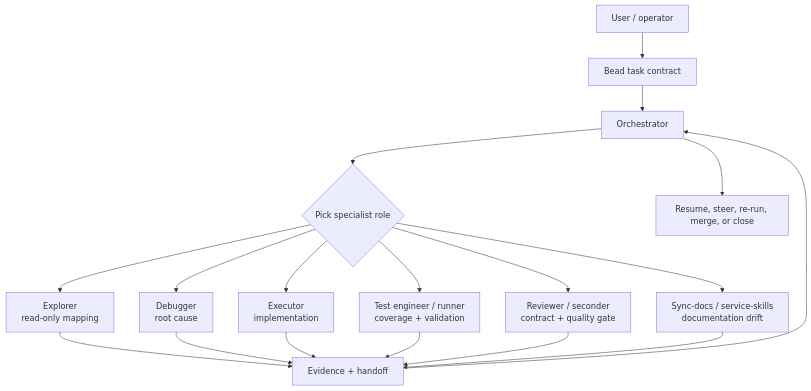
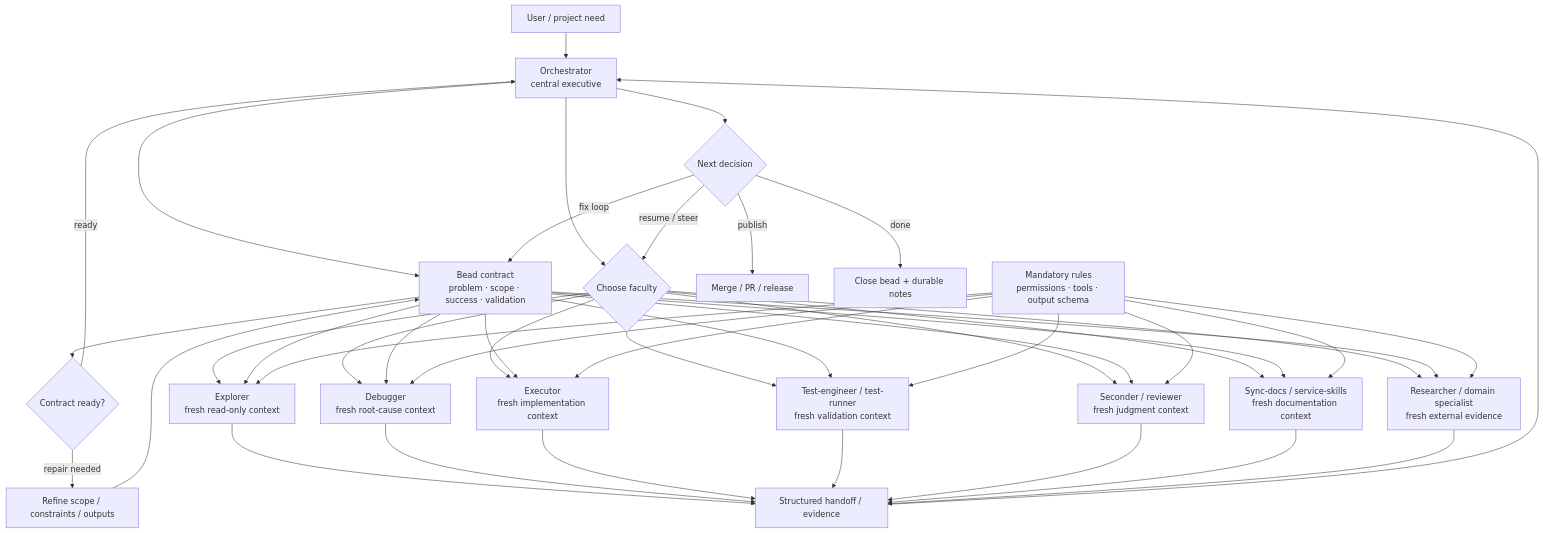
The second of 2 diagrams in README.md (Jaggerxtrm/specialists), drawn with Mermaid before and after one commit. The commit also changed other lines of this file, not shown here.

````diff
--- a/README.md
+++ b/README.md
@@ -60,23 +62,49 @@
 ```mermaid
 flowchart TD
-  U[User / operator] --> B[Bead task contract]
-  B --> O[Orchestrator]
-  O --> S{Pick specialist role}
+  U[User / project need] --> O[Orchestrator\ncentral executive]
+  O --> B[Bead contract\nproblem · scope · success · validation]
+  B --> Check{Contract ready?}
+  Check -->|repair needed| Refine[Refine scope / constraints / outputs]
+  Refine --> B
+  Check -->|ready| O
 
-  S --> E[Explorer\nread-only mapping]
-  S --> D[Debugger\nroot cause]
-  S --> X[Executor\nimplementation]
-  S --> T[Test engineer / runner\ncoverage + validation]
-  S --> R[Reviewer / seconder\ncontract + quality gate]
-  S --> Doc[Sync-docs / service-skills\ndocumentation drift]
+  O --> Choose{Choose faculty}
+  Choose --> E[Explorer\nfresh read-only context]
+  Choose --> D[Debugger\nfresh root-cause context]
+  Choose --> X[Executor\nfresh implementation context]
+  Choose --> QA[Test-engineer / test-runner\nfresh validation context]
+  Choose --> R[Seconder / reviewer\nfresh judgment context]
+  Choose --> Docs[Sync-docs / service-skills\nfresh documentation context]
+  Choose --> Research[Researcher / domain specialist\nfresh external evidence]
 
-  E --> H[Evidence + handoff]
+  B --> E
+  B --> D
+  B --> X
+  B --> QA
+  B --> R
+  B --> Docs
+  B --> Research
+
+  Rules[Mandatory rules\npermissions · tools · output schema] --> E
+  Rules --> D
+  Rules --> X
+  Rules --> QA
+  Rules --> R
+  Rules --> Docs
+  Rules --> Research
+
+  E --> H[Structured handoff / evidence]
   D --> H
   X --> H
-  T --> H
+  QA --> H
   R --> H
-  Doc --> H
+  Docs --> H
+  Research --> H
 
   H --> O
-  O --> P[Resume, steer, re-run, merge, or close]
+  O --> Decision{Next decision}
+  Decision -->|resume / steer| Choose
+  Decision -->|fix loop| B
+  Decision -->|publish| Merge[Merge / PR / release]
+  Decision -->|done| Close[Close bead + durable notes]
 ```
````
